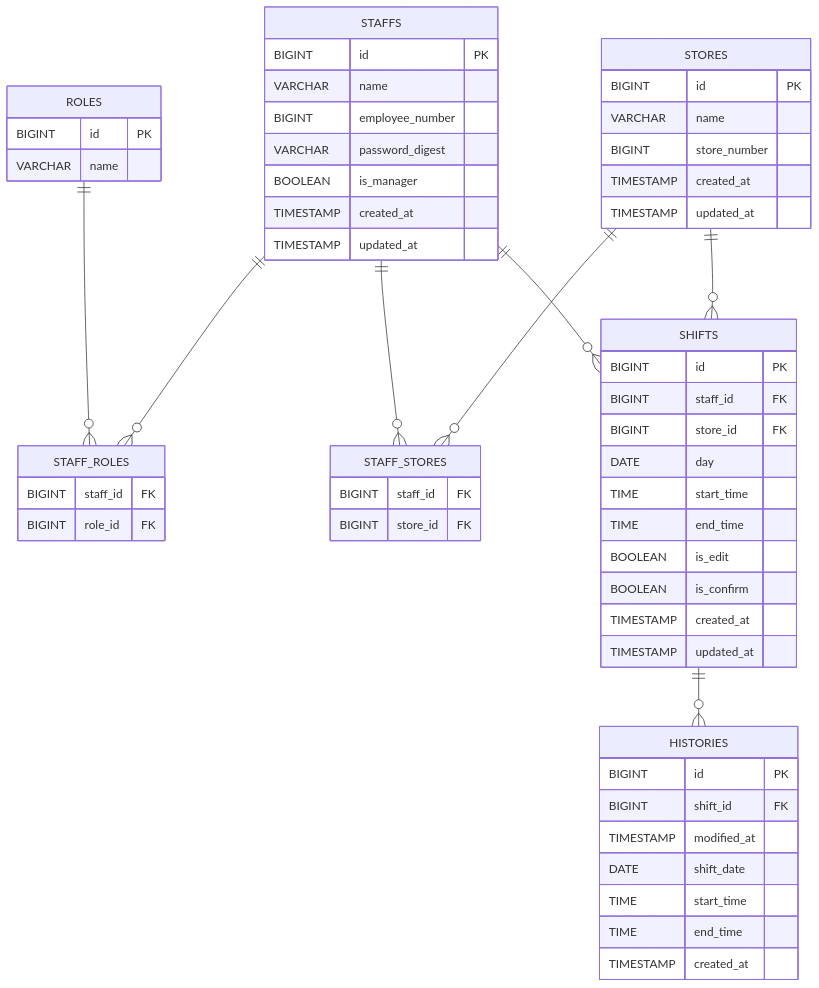
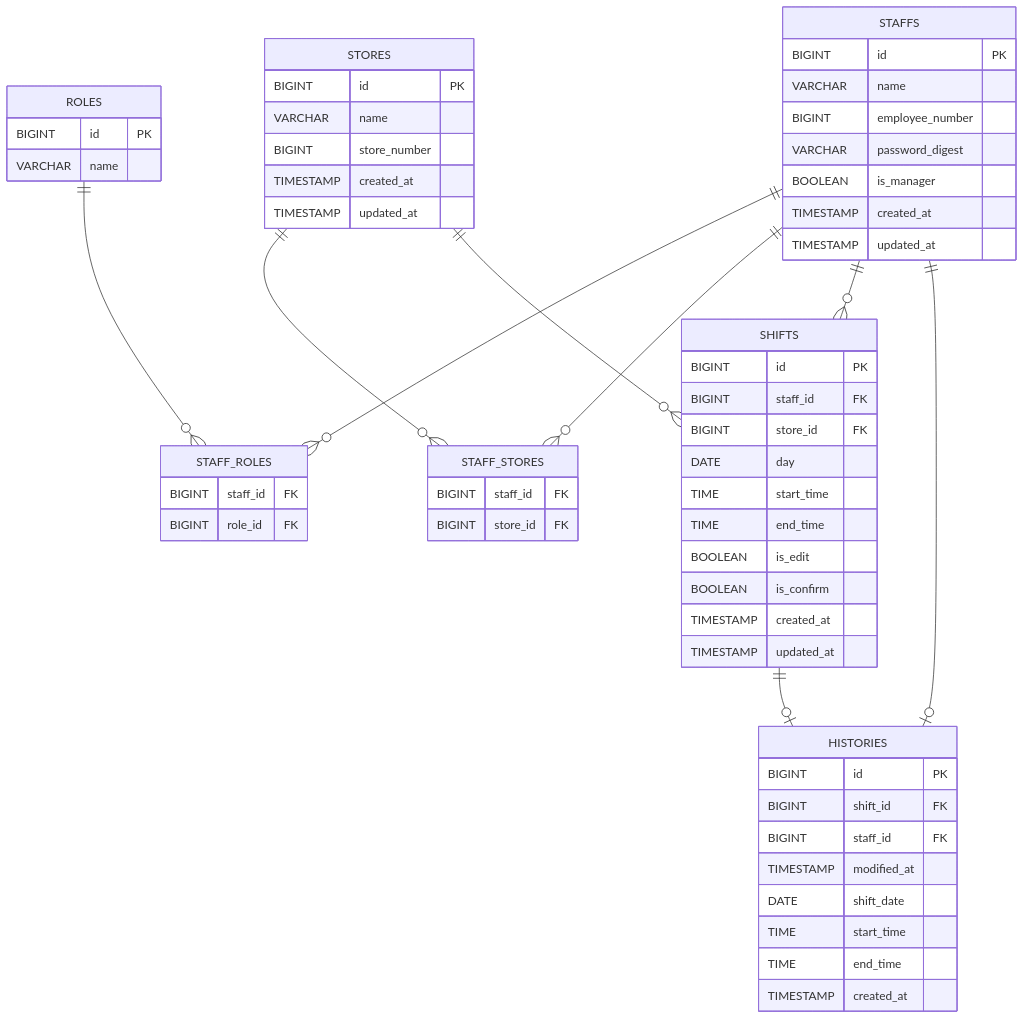
Before and after one commit to haruki1227041209/shifru: the diagram in document/7ER図.md, drawn with Mermaid.

Commit message:
er図変更

````diff
--- a/document/7ER図.md
+++ b/document/7ER図.md
@@ -1,67 +1,71 @@
 ```mermaid
 erDiagram
     STAFFS {
         BIGINT id PK
         VARCHAR name
         BIGINT employee_number
         VARCHAR password_digest
         BOOLEAN is_manager
         TIMESTAMP created_at
         TIMESTAMP updated_at
     }
 
     STORES {
         BIGINT id PK
         VARCHAR name
         BIGINT store_number
         TIMESTAMP created_at
         TIMESTAMP updated_at
     }
 
     SHIFTS {
         BIGINT id PK
         BIGINT staff_id FK
         BIGINT store_id FK
         DATE day
         TIME start_time
         TIME end_time
         BOOLEAN is_edit
         BOOLEAN is_confirm
         TIMESTAMP created_at
         TIMESTAMP updated_at
     }
 
     HISTORIES {
         BIGINT id PK
         BIGINT shift_id FK
+        BIGINT staff_id FK
         TIMESTAMP modified_at
         DATE shift_date
         TIME start_time
         TIME end_time
         TIMESTAMP created_at
     }
 
     ROLES {
         BIGINT id PK
         VARCHAR name
     }
 
     STAFF_ROLES {
         BIGINT staff_id FK
         BIGINT role_id FK
     }
 
     STAFF_STORES {
         BIGINT staff_id FK
         BIGINT store_id FK
     }
 
     %% Relationships
     ROLES ||--o{ STAFF_ROLES : ""
     STAFFS ||--o{ STAFF_ROLES : ""
     STAFFS ||--o{ STAFF_STORES : ""
     STORES ||--o{ STAFF_STORES : ""
     STAFFS ||--o{ SHIFTS : ""
     STORES ||--o{ SHIFTS : ""
-    SHIFTS ||--o{ HISTORIES : ""
+    SHIFTS ||--o| HISTORIES : ""
+    STAFFS ||--o| HISTORIES : ""
+
+
 ```
````
